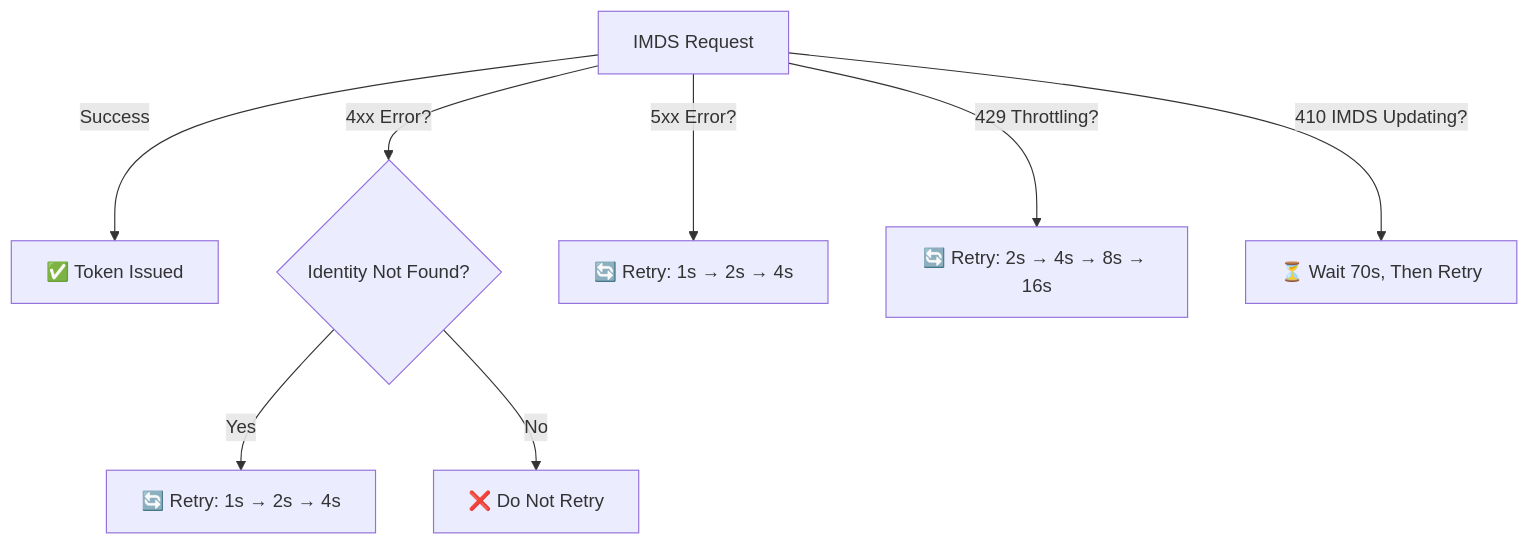
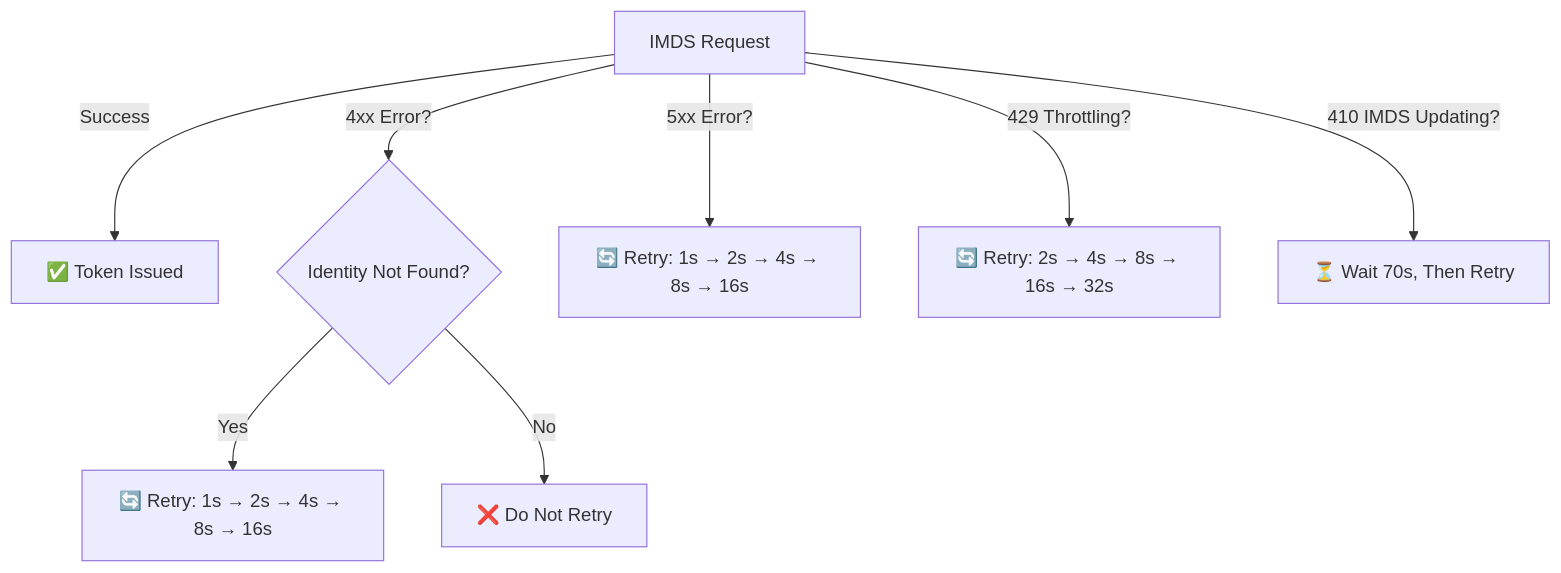
The diagram in docs/imds_retry_based_on_errors.md (AzureAD/microsoft-authentication-library-for-dotnet), drawn with Mermaid before and after one commit. The commit also changed other lines of this file, not shown here.

Commit message:
Update retry strategies and error handling in docs

````diff
--- a/docs/imds_retry_based_on_errors.md
+++ b/docs/imds_retry_based_on_errors.md
@@ -48,15 +51,11 @@
 ```mermaid
 graph TD;
   
   A[IMDS Request] -->|Success| B[✅ Token Issued]
-
   A -->|4xx Error?| C{Identity Not Found?}
-  C -- Yes --> D[🔄 Retry: 1s → 2s → 4s]
+  C -- Yes --> D[🔄 Retry: 1s → 2s → 4s → 8s → 16s]
   C -- No --> E[❌ Do Not Retry]
-
-  A -->|5xx Error?| F[🔄 Retry: 1s → 2s → 4s]
-
-  A -->|429 Throttling?| G[🔄 Retry: 2s → 4s → 8s → 16s]
-  
+  A -->|5xx Error?| F[🔄 Retry: 1s → 2s → 4s → 8s → 16s]
+  A -->|429 Throttling?| G[🔄 Retry: 2s → 4s → 8s → 16s → 32s]
   A -->|410 IMDS Updating?| H[⏳ Wait 70s, Then Retry]
 ```
````
